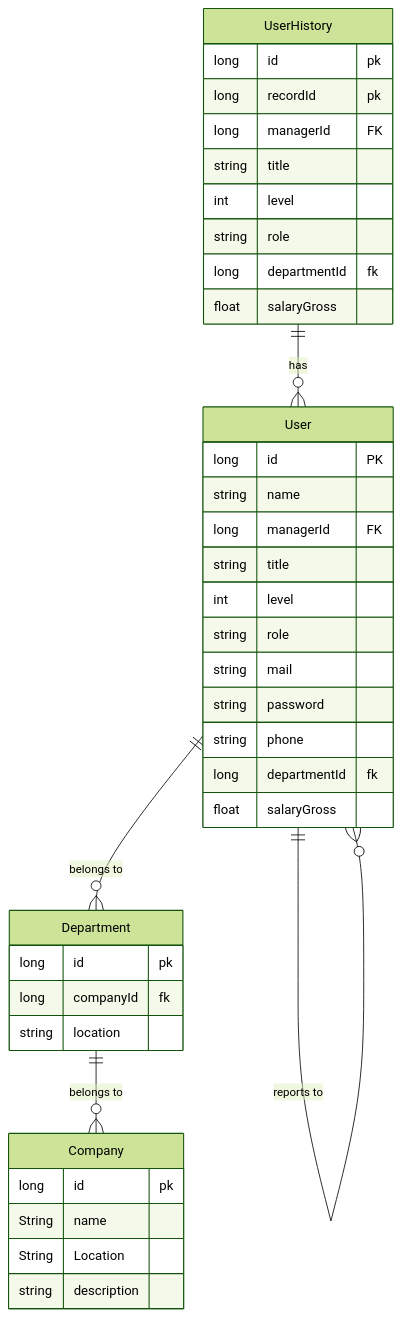
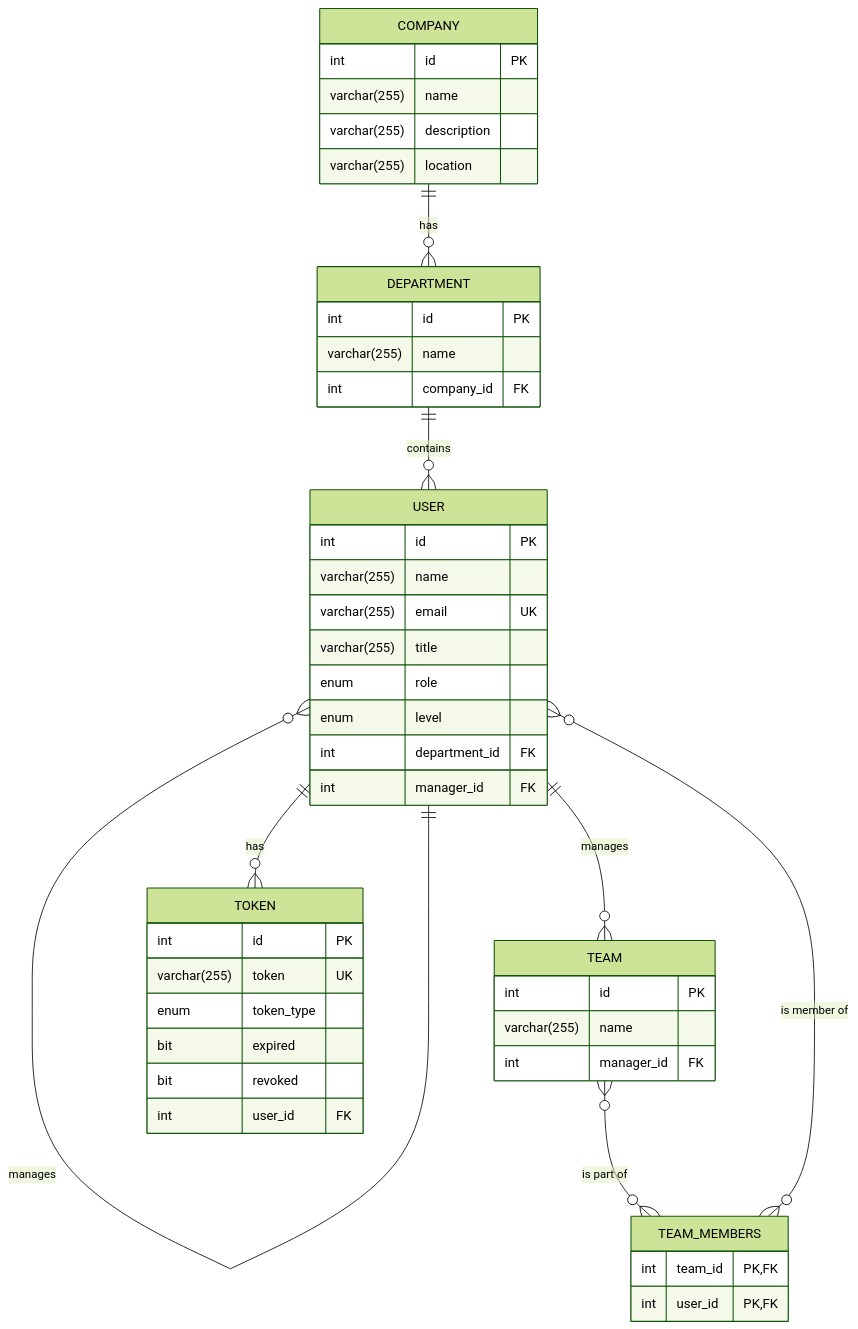
One commit to habibaraab/Company_managment_system changed the diagram in README.md. Above: the diagram before and after it, drawn with Mermaid (forest theme).

````diff
--- a/README.md
+++ b/README.md
@@ -3,42 +3,56 @@
 ```mermaid
 erDiagram
-User {
-        long id PK
-        string name
-        long managerId FK
-        string title
-        int level
-        string role
-        string mail
-        string password
-        string phone
-        long departmentId fk
-        float salaryGross
+    COMPANY {
+        int id PK
+        varchar(255) name
+        varchar(255) description
+        varchar(255) location
     }
-    Company{
-        long id  pk
-        String name  
-        String Location
-        string description
-        }
-    Department{
-          long id pk
-          long companyId fk
-          string location
+
+    DEPARTMENT {
+        int id PK
+        varchar(255) name
+        int company_id FK
     }
-    UserHistory{
-        long id pk
-        long recordId pk
-       long managerId FK
-        string title
-        int level
-        string role
-        long departmentId fk
-        float salaryGross
-}
-User ||--o{ Department : "belongs to"
-Department ||--o{ Company : "belongs to"
-User ||--o{ User : "reports to"
-UserHistory ||--o{ User : "has"
+
+    USER {
+        int id PK
+        varchar(255) name
+        varchar(255) email UK
+        varchar(255) title
+        enum role
+        enum level
+        int department_id FK
+        int manager_id FK
+    }
+
+    TEAM {
+        int id PK
+        varchar(255) name
+        int manager_id FK
+    }
+
+    TOKEN {
+        int id PK
+        varchar(255) token UK
+        enum token_type
+        bit expired
+        bit revoked
+        int user_id FK
+    }
+
+    TEAM_MEMBERS {
+        int team_id PK, FK
+        int user_id PK, FK
+    }
+
+    COMPANY ||--o{ DEPARTMENT : "has"
+    DEPARTMENT ||--o{ USER : "contains"
+    USER }o--|| USER : "manages"
+    USER ||--o{ TEAM : "manages"
+    USER ||--o{ TOKEN : "has"
+    
+    TEAM }o--o{ TEAM_MEMBERS : "is part of"
+    USER }o--o{ TEAM_MEMBERS : "is member of"
 
 ```
````
